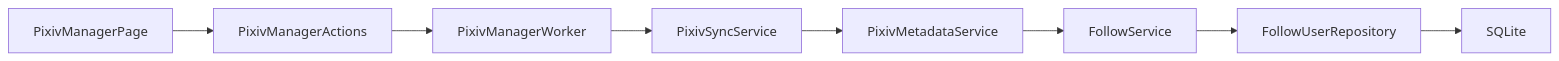
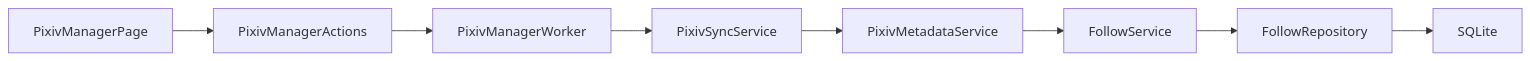
The tenth of 24 diagrams in docs/07_ARCHITECTURE.md (PKT0623/PixivLocalManager), drawn with Mermaid before and after one commit. The commit also changed other lines of this file and 10 other files, not shown here.

Commit message:
docs: update V2 completion status and V3 roadmap

````diff
--- a/docs/07_ARCHITECTURE.md
+++ b/docs/07_ARCHITECTURE.md
@@ -512,12 +503,12 @@
 ```mermaid
 flowchart LR
 
 PixivManagerPage
 --> PixivManagerActions
 --> PixivManagerWorker
 --> PixivSyncService
 --> PixivMetadataService
 --> FollowService
---> FollowUserRepository
+--> FollowRepository
 --> SQLite
 ```
````
